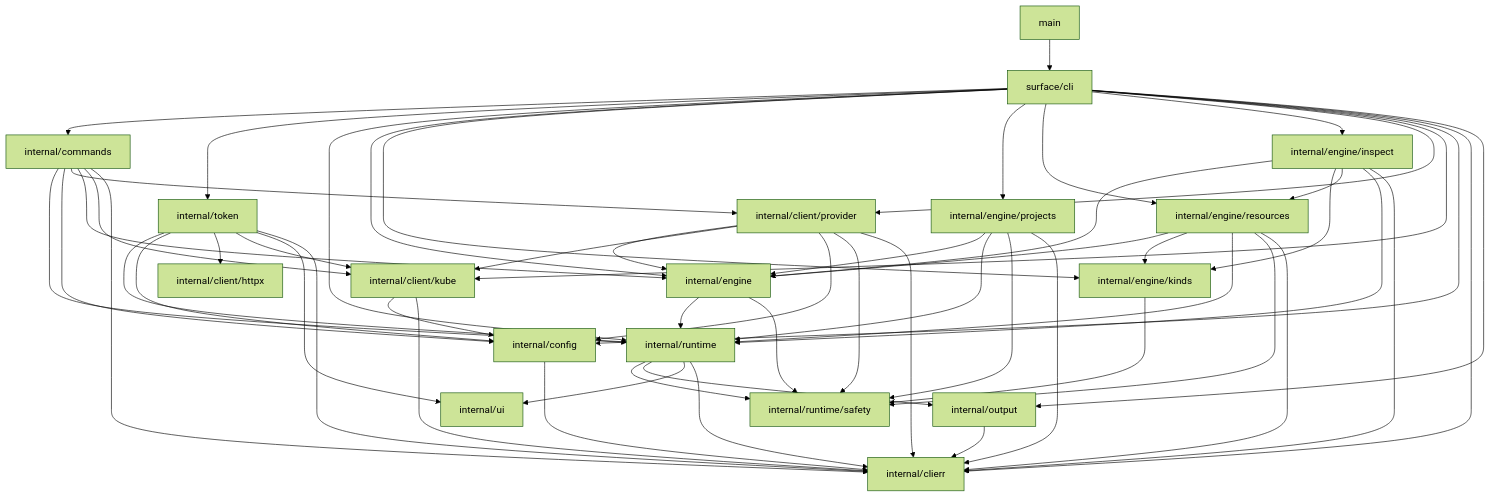
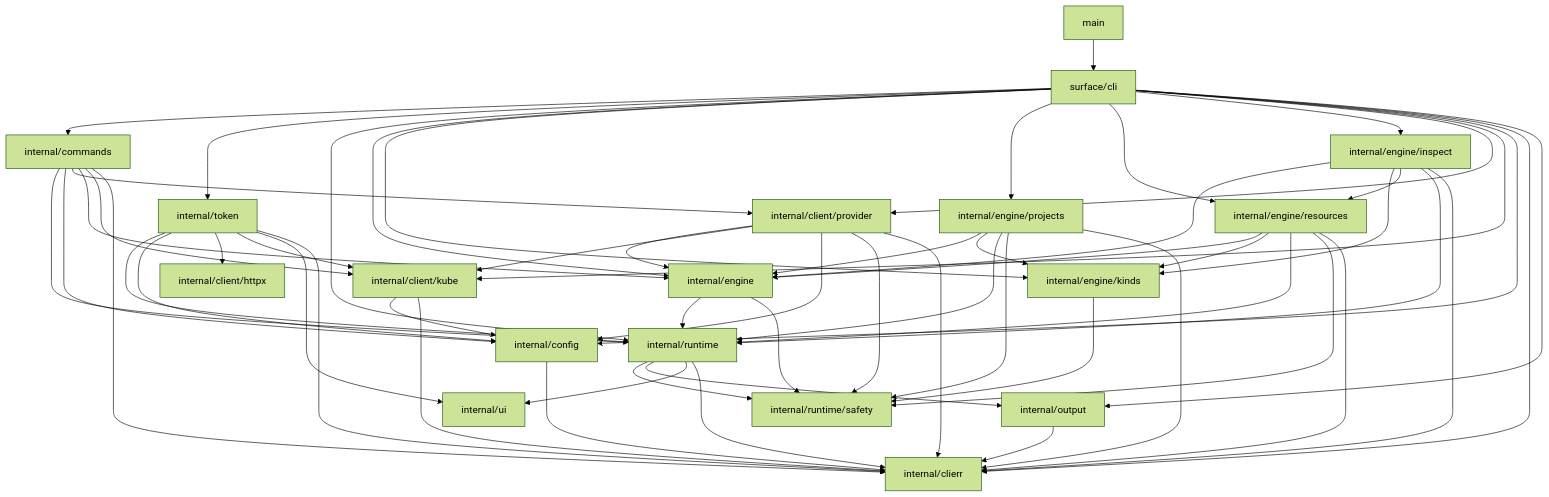
One commit to rancher/rancher-cli changed the diagram in ARCHITECTURE.md. Above: the diagram before and after it, drawn with Mermaid (forest theme). The commit also changed other lines of this file and 2 other files, not shown here.

```diff
--- a/ARCHITECTURE.md
+++ b/ARCHITECTURE.md
@@ -138,6 +138,7 @@
     inspect --> clierr
 
     projects --> engine
+    projects --> kinds
     projects --> runtime
     projects --> safety
     projects --> clierr
```
